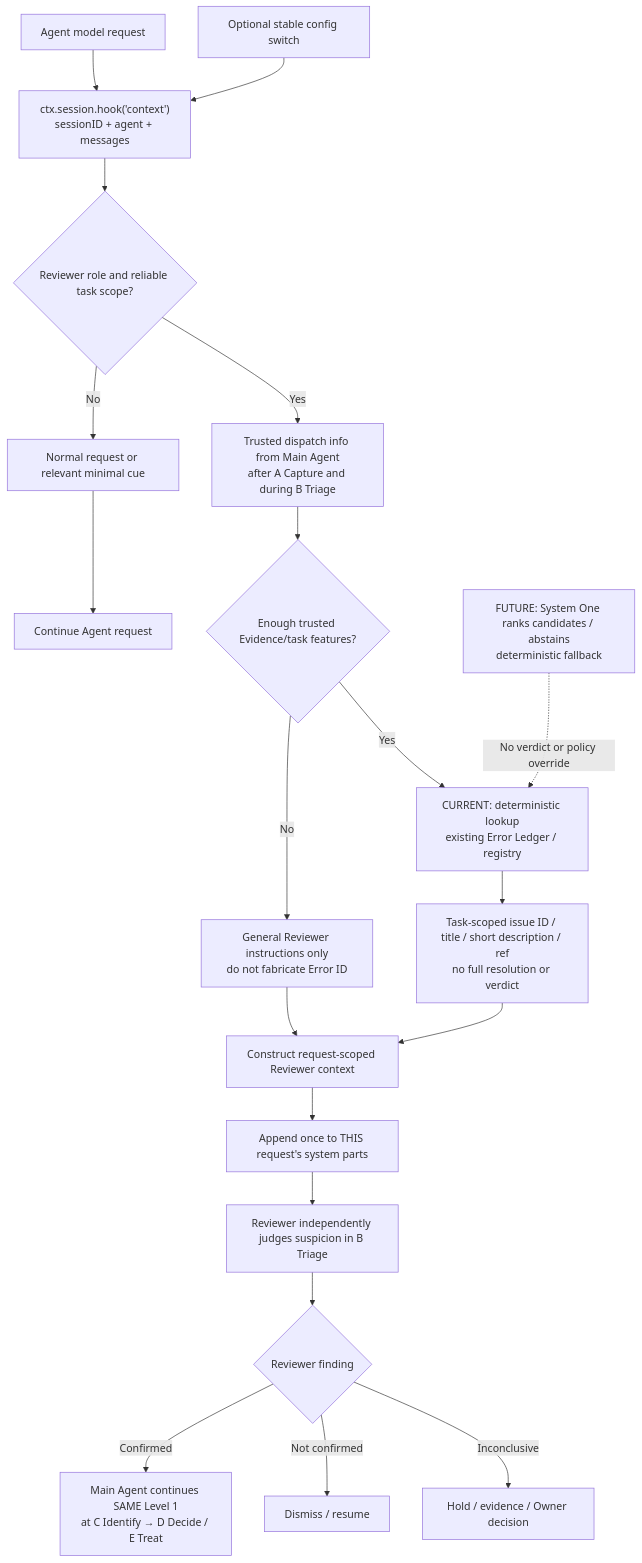
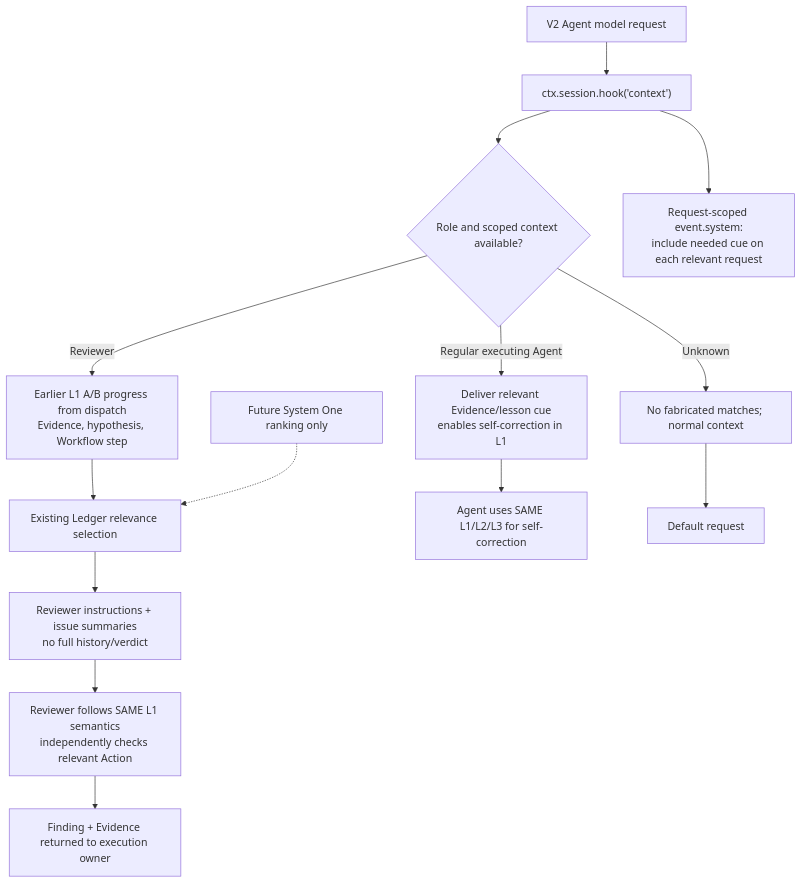
The second of 2 diagrams in docs/discussions/error-hook-framework/opencode-v2.md (dyphn1/Harness-everything), drawn with Mermaid before and after one commit. The commit also changed other lines of this file, not shown here.

Commit message:
docs(hooks): unify self-correction and reviewer handoff onto same error-handling workflow (#439)

````diff
--- a/docs/discussions/error-hook-framework/opencode-v2.md
+++ b/docs/discussions/error-hook-framework/opencode-v2.md
@@ -64,22 +64,16 @@
 ```mermaid
 flowchart TD
-    IN["Agent model request"] --> C["ctx.session.hook('context')<br/>sessionID + agent + messages"]
-    S["Optional stable config switch"] --> C
-    C --> ROLE{"Reviewer role and reliable task scope?"}
-    ROLE -->|No| BASIC["Normal request or relevant minimal cue"]
-    ROLE -->|Yes| F["Trusted dispatch info from Main Agent<br/>after A Capture and during B Triage"]
-    F --> E{"Enough trusted Evidence/task features?"}
-    E -->|No| SAFE["General Reviewer instructions only<br/>do not fabricate Error ID"]
-    E -->|Yes| SEL["CURRENT: deterministic lookup<br/>existing Error Ledger / registry"]
-    SEL --> INDEX["Task-scoped issue ID / title / short description / ref<br/>no full resolution or verdict"]
-    INDEX --> CUE["Construct request-scoped Reviewer context"]
-    SAFE --> CUE
-    CUE --> SYSTEM["Append once to THIS request's system parts"]
-    SYSTEM --> REVIEW["Reviewer independently judges suspicion in B Triage"]
-    BASIC --> CONT["Continue Agent request"]
-    REVIEW --> FIND{"Reviewer finding"}
-    FIND -->|Confirmed| NEXT["Main Agent continues SAME Level 1<br/>at C Identify → D Decide / E Treat"]
-    FIND -->|Not confirmed| DIS["Dismiss / resume"]
-    FIND -->|Inconclusive| HOLD["Hold / evidence / Owner decision"]
-    FUTURE["FUTURE: System One ranks candidates / abstains<br/>deterministic fallback"] -. "No verdict or policy override" .-> SEL
+  REQ["V2 Agent model request"] --> CH["ctx.session.hook('context')"]
+  CH --> AGENT{"Role and scoped context available?"}
+  AGENT -->|Regular executing Agent| SELF["Deliver relevant Evidence/lesson cue<br/>enables self-correction in L1"]
+  AGENT -->|Reviewer| PKT["Earlier L1 A/B progress from dispatch<br/>Evidence, hypothesis, Workflow step"]
+  AGENT -->|Unknown| FALL["No fabricated matches; normal context"]
+  PKT --> SELECT["Existing Ledger relevance selection"]
+  S1["Future System One ranking only"] -.-> SELECT
+  SELECT --> LIST["Reviewer instructions + issue summaries<br/>no full history/verdict"]
+  LIST --> VALIDATE["Reviewer follows SAME L1 semantics<br/>independently checks relevant Action"]
+  SELF --> EXEC["Agent uses SAME L1/L2/L3 for self-correction"]
+  VALIDATE --> FIND["Finding + Evidence returned to execution owner"]
+  FALL --> STANDARD["Default request"]
+  CH --> NOTE["Request-scoped event.system:<br/>include needed cue on each relevant request"]
 ```
````
